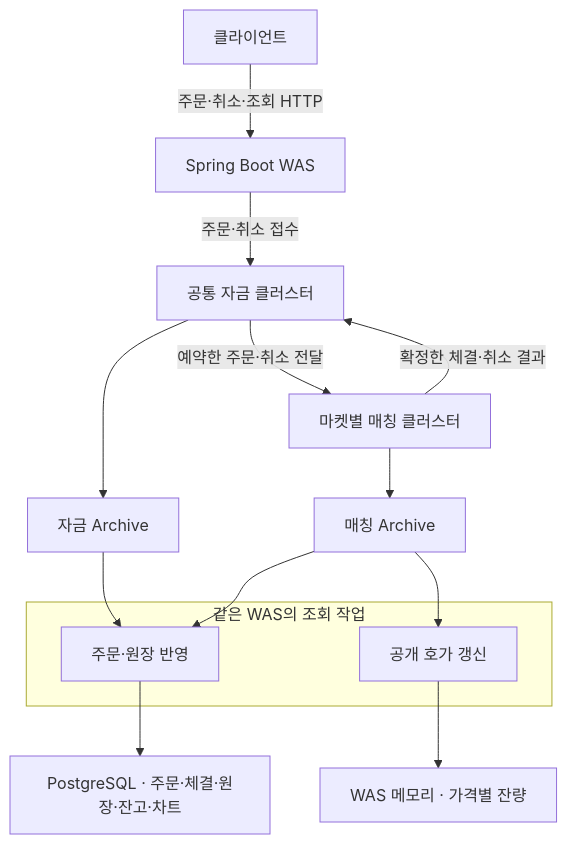
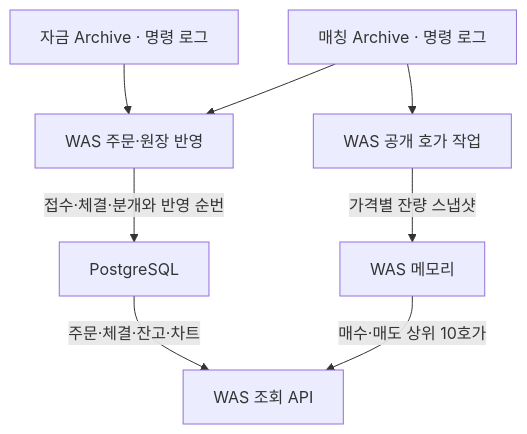
The second of 5 diagrams in README.md (0Chord/coin-exchange), drawn with Mermaid before and after one commit. The commit also changed other lines of this file, not shown here.

````diff
--- a/README.md
+++ b/README.md
@@ -25,21 +49,10 @@
 ```mermaid
 flowchart TB
-    Client["클라이언트"] -->|"주문·취소·조회 HTTP"| WAS["Spring Boot WAS"]
-    WAS -->|"주문·취소 접수"| Funds["공통 자금 클러스터"]
-    Funds -->|"예약한 주문·취소 전달"| Matching["마켓별 매칭 클러스터"]
-    Matching -->|"확정한 체결·취소 결과"| Funds
-
-    Funds --> FundsArchive["자금 Archive"]
-    Matching --> MatchingArchive["매칭 Archive"]
-
-    subgraph Read["같은 WAS의 조회 작업"]
-        Replay["주문·원장 반영"]
-        Depth["공개 호가 갱신"]
-    end
-
-    FundsArchive --> Replay
-    MatchingArchive --> Replay
-    MatchingArchive --> Depth
-    Replay --> DB["PostgreSQL · 주문·체결·원장·잔고·차트"]
-    Depth --> Memory["WAS 메모리 · 가격별 잔량"]
+    fundsArchive["자금 Archive · 명령 로그"] --> projection["WAS 주문·원장 반영"]
+    matchingArchive["매칭 Archive · 명령 로그"] --> projection
+    matchingArchive --> bookWorker["WAS 공개 호가 작업"]
+    projection -->|"접수·체결·분개와 반영 순번"| db["PostgreSQL"]
+    bookWorker -->|"가격별 잔량 스냅샷"| memory["WAS 메모리"]
+    db -->|"주문·체결·잔고·차트"| query["WAS 조회 API"]
+    memory -->|"매수·매도 상위 10호가"| query
 ```
````
